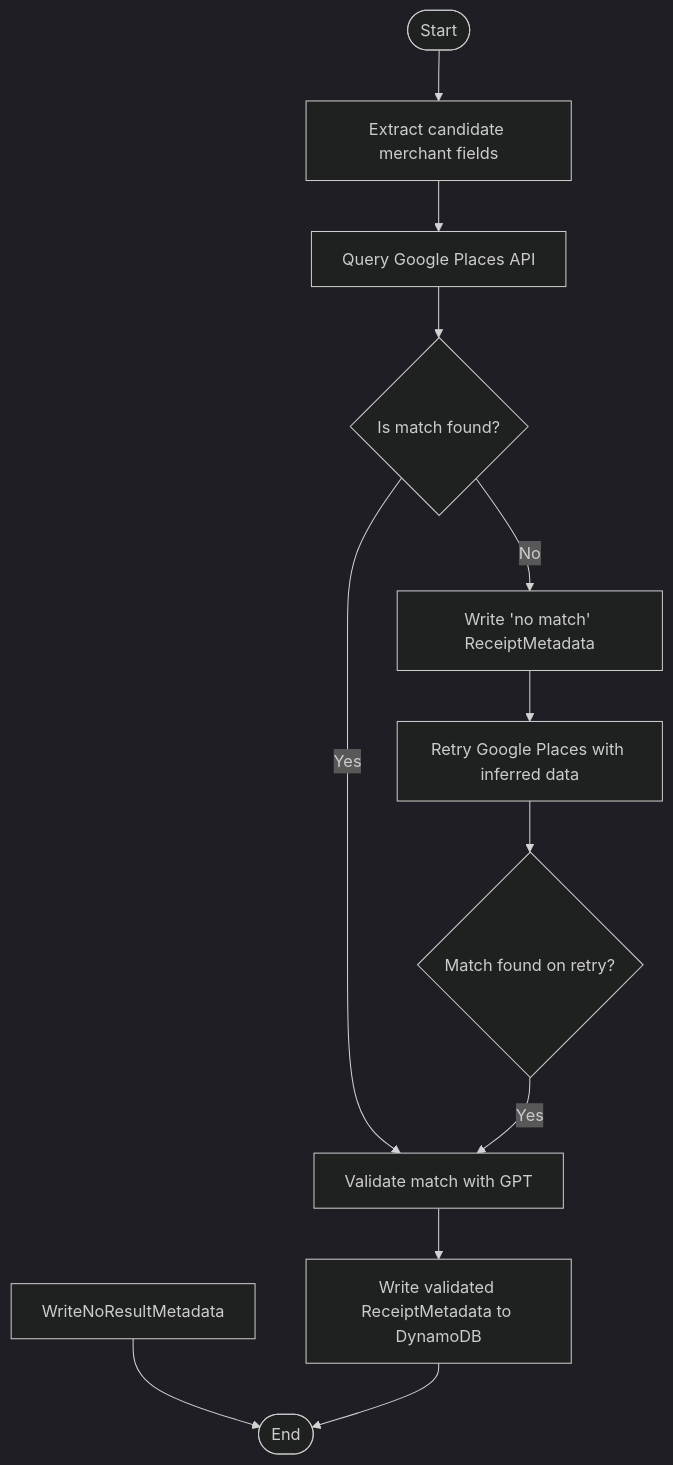
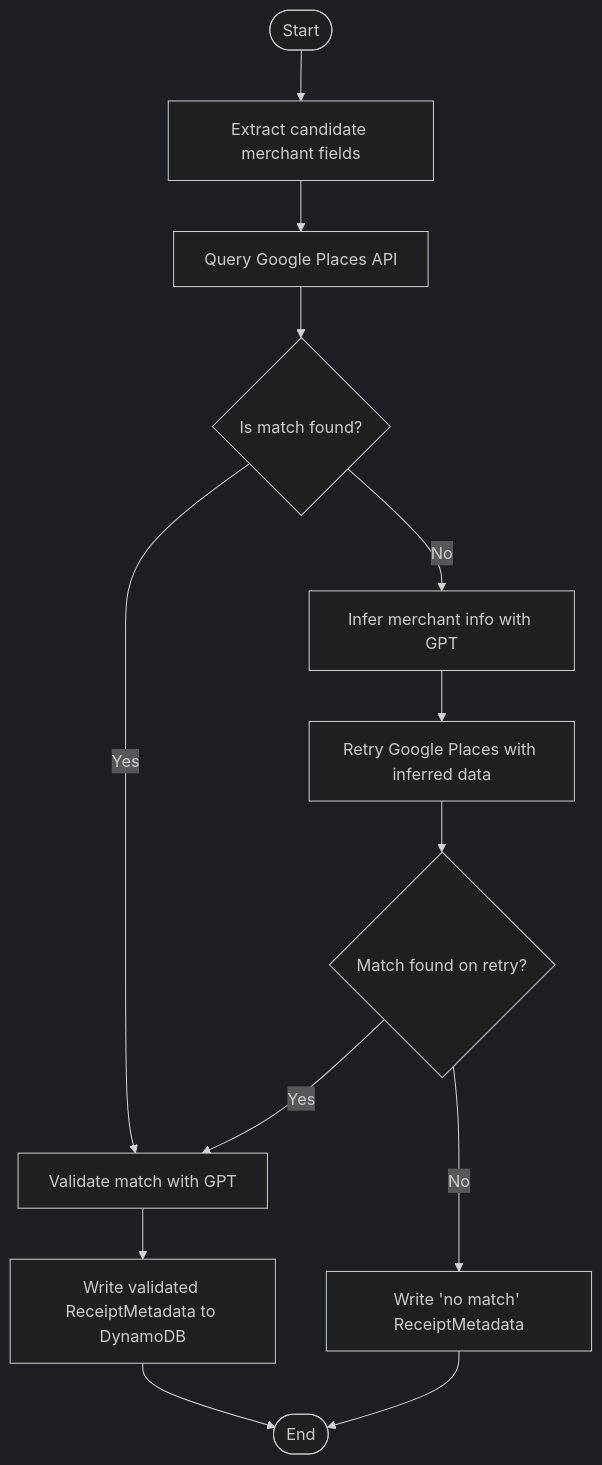
Before and after one commit to tnorlund/Portfolio: the diagram in receipt_label/receipt_label/merchant_validation/README.md, drawn with Mermaid (dark theme).

````diff
--- a/receipt_label/receipt_label/merchant_validation/README.md
+++ b/receipt_label/receipt_label/merchant_validation/README.md
@@ -5,15 +5,16 @@
 ```mermaid
 flowchart TD
     Start([Start]) --> ExtractReceiptFields["Extract candidate merchant fields"]
     ExtractReceiptFields --> SearchGooglePlaces["Query Google Places API"]
     SearchGooglePlaces --> IsMatchFound{"Is match found?"}
 
     IsMatchFound -- Yes --> ValidateWithGPT["Validate match with GPT"]
-    IsMatchFound -- No --> InferWithGPT["Write 'no match' ReceiptMetadata"]
+    IsMatchFound -- No --> InferWithGPT["Infer merchant info with GPT"]
     InferWithGPT --> RetryGoogleSearch["Retry Google Places with inferred data"]
     RetryGoogleSearch --> IsRetryMatchFound{"Match found on retry?"}
     IsRetryMatchFound -- Yes --> ValidateWithGPT
+    IsRetryMatchFound -- No --> WriteNoResultMetadata["Write 'no match' ReceiptMetadata"]
     ValidateWithGPT --> WriteMetadata["Write validated ReceiptMetadata to DynamoDB"]
     WriteNoResultMetadata --> End([End])
     WriteMetadata --> End([End])
 ```
````
